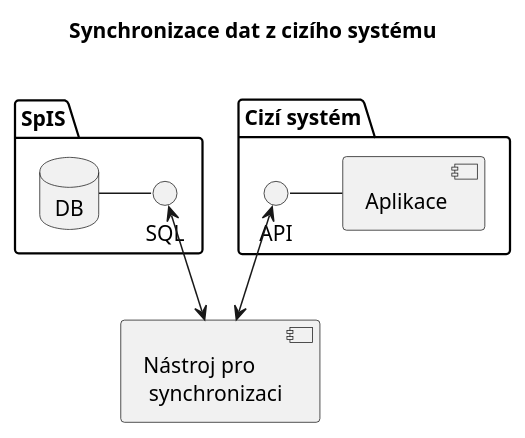
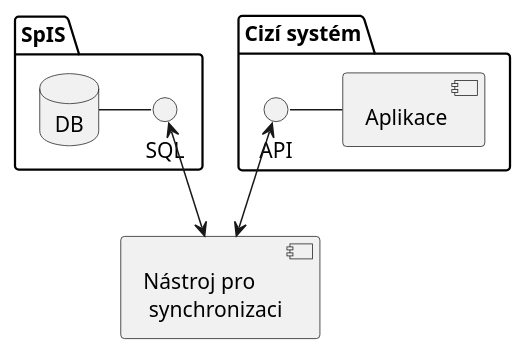
One commit to techlib/spis changed the tenth of 11 diagrams in doc/technicka-specifikace.adoc. Above: the diagram before and after it, drawn with PlantUML. The commit also changed other lines of this file, not shown here.

```diff
--- a/doc/technicka-specifikace.adoc
+++ b/doc/technicka-specifikace.adoc
@@ -594,23 +609,21 @@
 [plantuml,align="center"]
 ....
 @startuml
-title Synchronizace dat z cizího systému\n
-
 package "SpIS" {
   database "DB" as db1
   () SQL as sql1
   db1 - sql1
 }
 
 package "Cizí systém" {
   component "Aplikace" as app2
   () API as api2
   api2 - app2
 }
 
 component "Nástroj pro\n synchronizaci" as sn
 
 sn <-u-> api2
 sn <-u-> sql1
 @enduml
 ....
```
